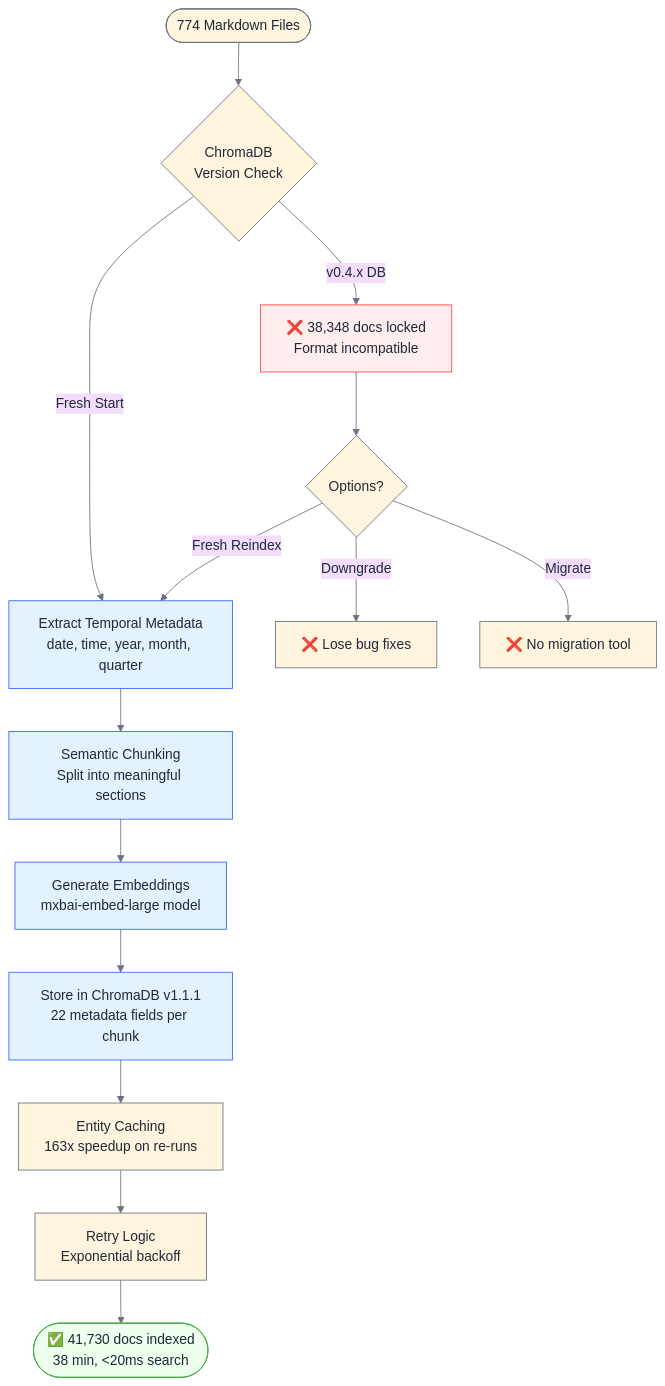
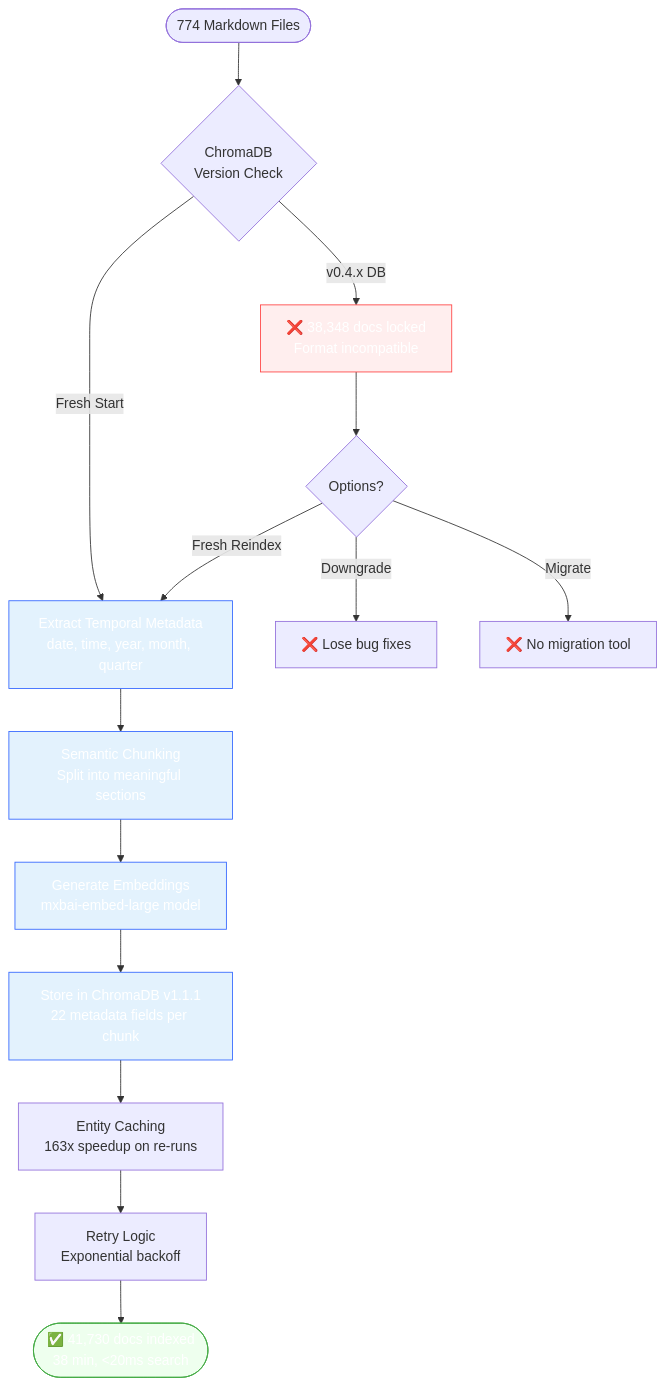
Before and after one commit to rduffyuk/blog-astro: the first of 6 diagrams in src/data/blog/season-2-episode-4-three-systems-parallel-testing.md, drawn with Mermaid. The commit also changed other lines of this file, not shown here.

First line of the commit message:
Match diagram 2 color pattern for dark mode compatibility

````diff
--- a/src/data/blog/season-2-episode-4-three-systems-parallel-testing.md
+++ b/src/data/blog/season-2-episode-4-three-systems-parallel-testing.md
@@ -161,26 +161,25 @@
 ```mermaid
-%%{init: {'theme':'base', 'themeVariables': { 'primaryTextColor':'#1f2937','secondaryTextColor':'#1f2937','tertiaryTextColor':'#1f2937','primaryBorderColor':'#6b7280','lineColor':'#6b7280'}}}%%
 flowchart TB
     Start([774 Markdown Files]) --> Check{ChromaDB<br/>Version Check}
     Check -->|v0.4.x DB| Error[❌ 38,348 docs locked<br/>Format incompatible]
     Check -->|Fresh Start| Extract[Extract Temporal Metadata<br/>date, time, year, month, quarter]
 
     Error --> Decision{Options?}
     Decision -->|Downgrade| Risk[❌ Lose bug fixes]
     Decision -->|Migrate| NoTool[❌ No migration tool]
     Decision -->|Fresh Reindex| Extract
 
     Extract --> Chunk[Semantic Chunking<br/>Split into meaningful sections]
     Chunk --> Embed[Generate Embeddings<br/>mxbai-embed-large model]
     Embed --> Store[Store in ChromaDB v1.1.1<br/>22 metadata fields per chunk]
     Store --> Cache[Entity Caching<br/>163x speedup on re-runs]
     Cache --> Retry[Retry Logic<br/>Exponential backoff]
     Retry --> Complete([✅ 41,730 docs indexed<br/>38 min, <20ms search])
 
-    style Error fill:#fee,stroke:#f44
-    style Complete fill:#efe,stroke:#4a4
-    style Extract fill:#e3f2fd,stroke:#36f
-    style Chunk fill:#e3f2fd,stroke:#36f
-    style Embed fill:#e3f2fd,stroke:#36f
-    style Store fill:#e3f2fd,stroke:#36f
+    style Error fill:#fee,stroke:#f44,color:#fff
+    style Complete fill:#efe,stroke:#4a4,color:#fff
+    style Extract fill:#e3f2fd,stroke:#36f,color:#fff
+    style Chunk fill:#e3f2fd,stroke:#36f,color:#fff
+    style Embed fill:#e3f2fd,stroke:#36f,color:#fff
+    style Store fill:#e3f2fd,stroke:#36f,color:#fff
 ```
````
